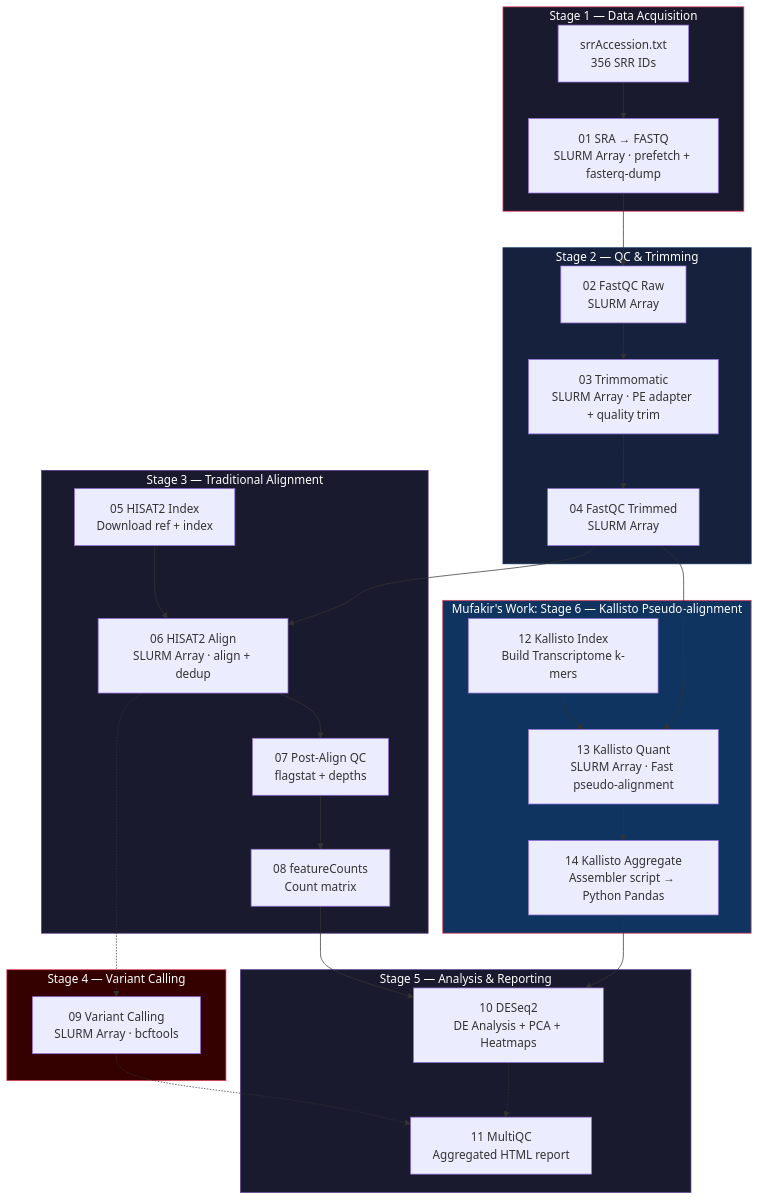
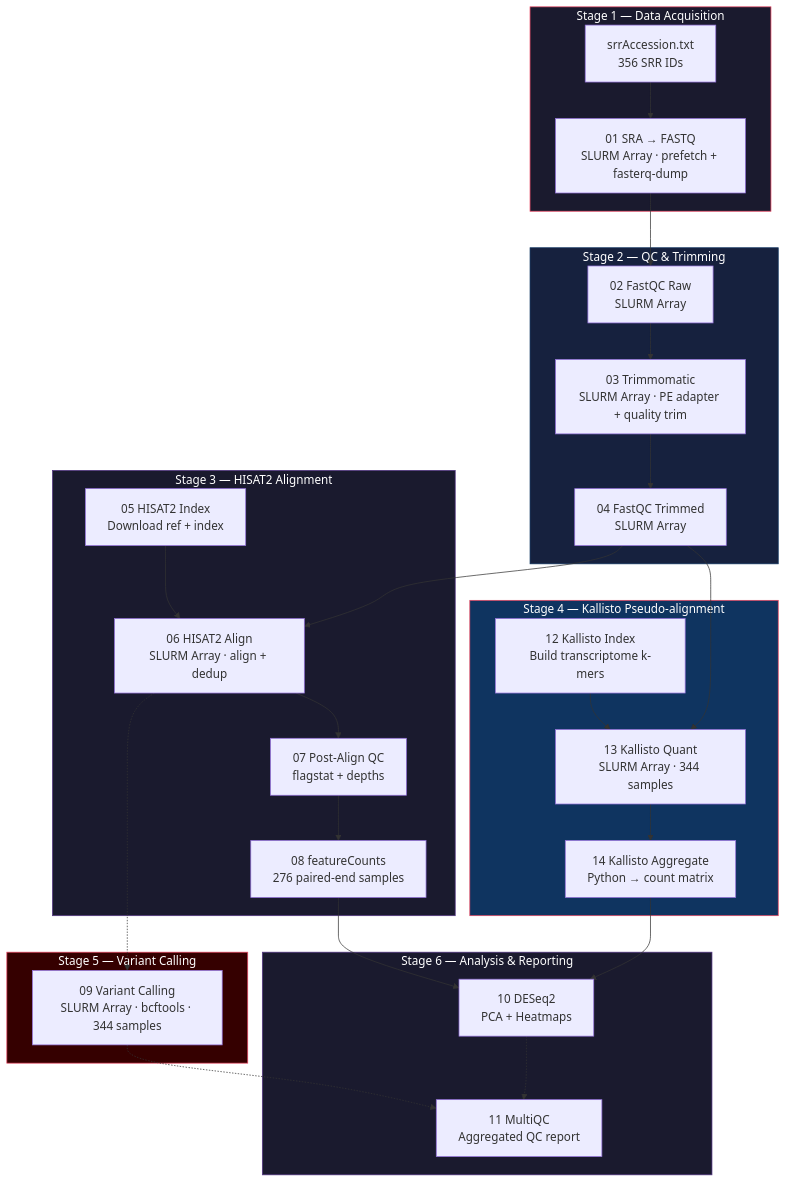
One commit to cleancoder1016/ebola_class_project changed the diagram in README.md. Above: the diagram before and after it, drawn with Mermaid. The commit also changed other lines of this file and 7 other files, not shown here.

````diff
--- a/README.md
+++ b/README.md
@@ -19,43 +31,43 @@
 ```mermaid
 flowchart TD
     subgraph S1["Stage 1 — Data Acquisition"]
         A[srrAccession.txt<br/>356 SRR IDs] --> B[01 SRA → FASTQ<br/>SLURM Array · prefetch + fasterq-dump]
     end
 
     subgraph S2["Stage 2 — QC & Trimming"]
         B --> C[02 FastQC Raw<br/>SLURM Array]
         C --> D[03 Trimmomatic<br/>SLURM Array · PE adapter + quality trim]
         D --> E[04 FastQC Trimmed<br/>SLURM Array]
     end
 
-    subgraph S3["Stage 3 — Traditional Alignment"]
+    subgraph S3["Stage 3 — HISAT2 Alignment"]
         F[05 HISAT2 Index<br/>Download ref + index] --> G
         E --> G[06 HISAT2 Align<br/>SLURM Array · align + dedup]
         G --> H[07 Post-Align QC<br/>flagstat + depths]
-        H --> I[08 featureCounts<br/>Count matrix]
+        H --> I[08 featureCounts<br/>276 paired-end samples]
     end
 
-    subgraph S6["Mufakir's Work: Stage 6 — Kallisto Pseudo-alignment"]
-        K1[12 Kallisto Index<br/>Build Transcriptome k-mers] --> K2
-        E --> K2[13 Kallisto Quant<br/>SLURM Array · Fast pseudo-alignment]
-        K2 --> K3[14 Kallisto Aggregate<br/>Assembler script → Python Pandas]
-    end
-    
-    subgraph S4["Stage 4 — Variant Calling"]
-        G -.-> J[09 Variant Calling<br/>SLURM Array · bcftools]
+    subgraph S6["Stage 4 — Kallisto Pseudo-alignment"]
+        K1[12 Kallisto Index<br/>Build transcriptome k-mers] --> K2
+        E --> K2[13 Kallisto Quant<br/>SLURM Array · 344 samples]
+        K2 --> K3[14 Kallisto Aggregate<br/>Python → count matrix]
     end
 
-    subgraph S5["Stage 5 — Analysis & Reporting"]
-        I --> K[10 DESeq2<br/>DE Analysis + PCA + Heatmaps]
+    subgraph S4["Stage 5 — Variant Calling"]
+        G -.-> J[09 Variant Calling<br/>SLURM Array · bcftools · 344 samples]
+    end
+
+    subgraph S5["Stage 6 — Analysis & Reporting"]
+        I --> K[10 DESeq2<br/>PCA + Heatmaps]
         K3 --> K
-        J -.-> L[11 MultiQC<br/>Aggregated HTML report]
+        J -.-> L[11 MultiQC<br/>Aggregated QC report]
         K -.-> L
     end
 
     style S1 fill:#1a1a2e,stroke:#e94560,color:#fff
     style S2 fill:#16213e,stroke:#0f3460,color:#fff
     style S3 fill:#1a1a2e,stroke:#533483,color:#fff
     style S4 fill:#350000,stroke:#e94560,color:#fff
     style S6 fill:#0f3460,stroke:#e94560,color:#fff
     style S5 fill:#1a1a2e,stroke:#533483,color:#fff
 ```
````
